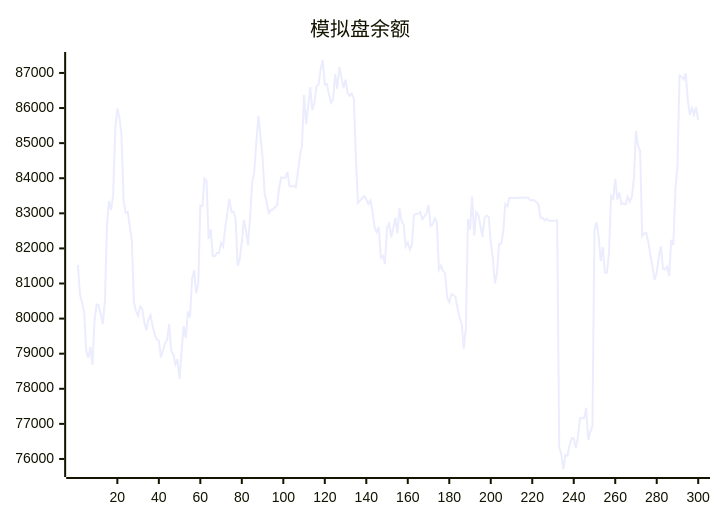
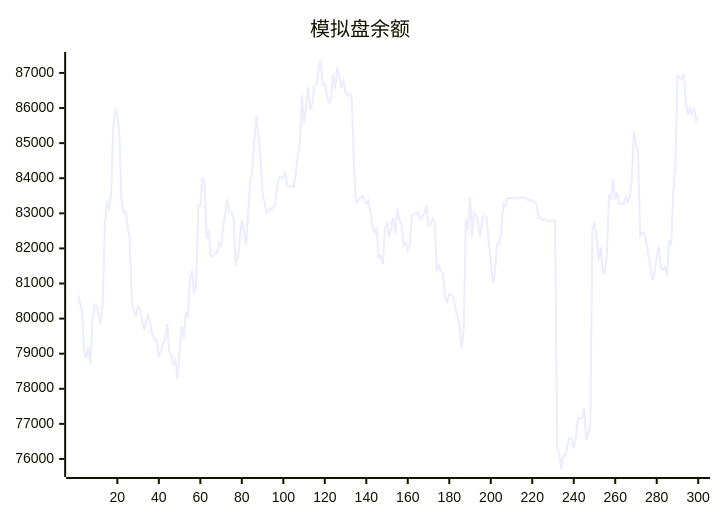
The diagram in README.md (aahl/ai-trading), drawn with Mermaid before and after one commit. The commit also changed other lines of this file and 1 other file, not shown here.

````diff
--- a/README.md
+++ b/README.md
@@ -5,5 +5,5 @@
 ```mermaid
 xychart
     title "模拟盘余额"
-    line [81527,80681,80455,80190,79084,78879,79193,78686,79954,80403,80374,80118,79848,80491,82665,83351,83098,83525,85430,85983,85737,85221,83378,83014,83043,82613,82216,80477,80208,80081,80348,80277,79894,79670,79965,80093,79786,79542,79406,79371,78893,79087,79304,79406,79841,79072,78978,78696,78846,78272,79085,79787,79442,80198,80031,81120,81379,80718,80985,83214,83212,83993,83921,82270,82547,81776,81776,81866,81866,82158,82061,82596,83000,83408,83041,83050,82858,81503,81691,82188,82812,82517,82092,82901,83898,84180,85030,85781,85178,84604,83569,83298,83008,83093,83107,83175,83228,83729,84025,84017,84019,84177,83775,83762,83785,83738,84160,84639,84939,86370,85548,86046,86599,85942,86161,86622,86664,87115,87369,86666,86685,86384,86152,86243,86969,86548,87164,86885,86566,86809,86427,86348,86417,86273,84538,83299,83369,83430,83490,83404,83270,83362,83056,82605,82459,82614,81734,81788,81551,82598,82702,82320,82580,82878,82426,83139,82778,82686,82056,82166,81963,82110,82951,82983,82984,83038,82838,82915,82998,83235,82642,82682,82858,82746,81396,81512,81362,81277,80600,80461,80699,80673,80616,80288,80038,79836,79142,79722,82837,82533,83480,82366,83032,82960,82654,82330,82883,82934,82901,82188,81728,81005,81298,82110,82135,82449,83264,83203,83440,83439,83440,83440,83446,83447,83448,83447,83448,83449,83369,83369,83369,83313,83256,82872,82873,82801,82844,82785,82791,82791,82793,82794,76339,76145,75714,76110,76096,76397,76594,76585,76310,76607,77160,77170,77160,77456,76541,76774,76927,82520,82744,82337,81639,82040,81307,81314,81887,83490,83414,83984,83396,83594,83261,83287,83253,83470,83327,83465,83987,85348,84930,84786,82355,82433,82438,82167,81795,81466,81105,81315,81756,82064,81426,81398,81481,81210,82242,82099,83658,84359,86925,86892,86814,86980,86203,85802,86003,85811,86028,85657]
+    line [80681,80455,80190,79084,78879,79193,78686,79954,80403,80374,80118,79848,80491,82665,83351,83098,83525,85430,85983,85737,85221,83378,83014,83043,82613,82216,80477,80208,80081,80348,80277,79894,79670,79965,80093,79786,79542,79406,79371,78893,79087,79304,79406,79841,79072,78978,78696,78846,78272,79085,79787,79442,80198,80031,81120,81379,80718,80985,83214,83212,83993,83921,82270,82547,81776,81776,81866,81866,82158,82061,82596,83000,83408,83041,83050,82858,81503,81691,82188,82812,82517,82092,82901,83898,84180,85030,85781,85178,84604,83569,83298,83008,83093,83107,83175,83228,83729,84025,84017,84019,84177,83775,83762,83785,83738,84160,84639,84939,86370,85548,86046,86599,85942,86161,86622,86664,87115,87369,86666,86685,86384,86152,86243,86969,86548,87164,86885,86566,86809,86427,86348,86417,86273,84538,83299,83369,83430,83490,83404,83270,83362,83056,82605,82459,82614,81734,81788,81551,82598,82702,82320,82580,82878,82426,83139,82778,82686,82056,82166,81963,82110,82951,82983,82984,83038,82838,82915,82998,83235,82642,82682,82858,82746,81396,81512,81362,81277,80600,80461,80699,80673,80616,80288,80038,79836,79142,79722,82837,82533,83480,82366,83032,82960,82654,82330,82883,82934,82901,82188,81728,81005,81298,82110,82135,82449,83264,83203,83440,83439,83440,83440,83446,83447,83448,83447,83448,83449,83369,83369,83369,83313,83256,82872,82873,82801,82844,82785,82791,82791,82793,82794,76339,76145,75714,76110,76096,76397,76594,76585,76310,76607,77160,77170,77160,77456,76541,76774,76927,82520,82744,82337,81639,82040,81307,81314,81887,83490,83414,83984,83396,83594,83261,83287,83253,83470,83327,83465,83987,85348,84930,84786,82355,82433,82438,82167,81795,81466,81105,81315,81756,82064,81426,81398,81481,81210,82242,82099,83658,84359,86925,86892,86814,86980,86203,85802,86003,85811,86028,85657,85721]
 ```
````
